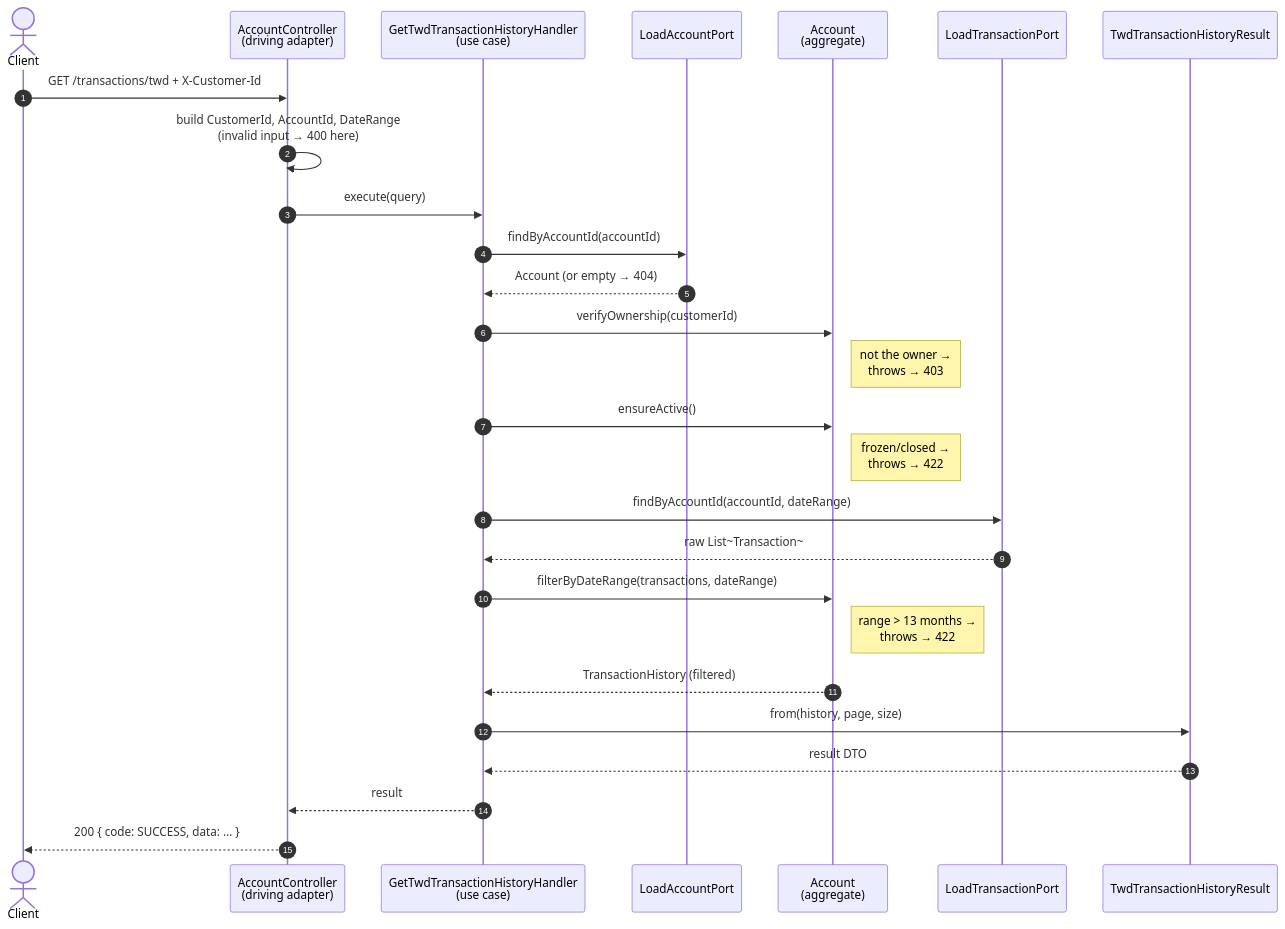
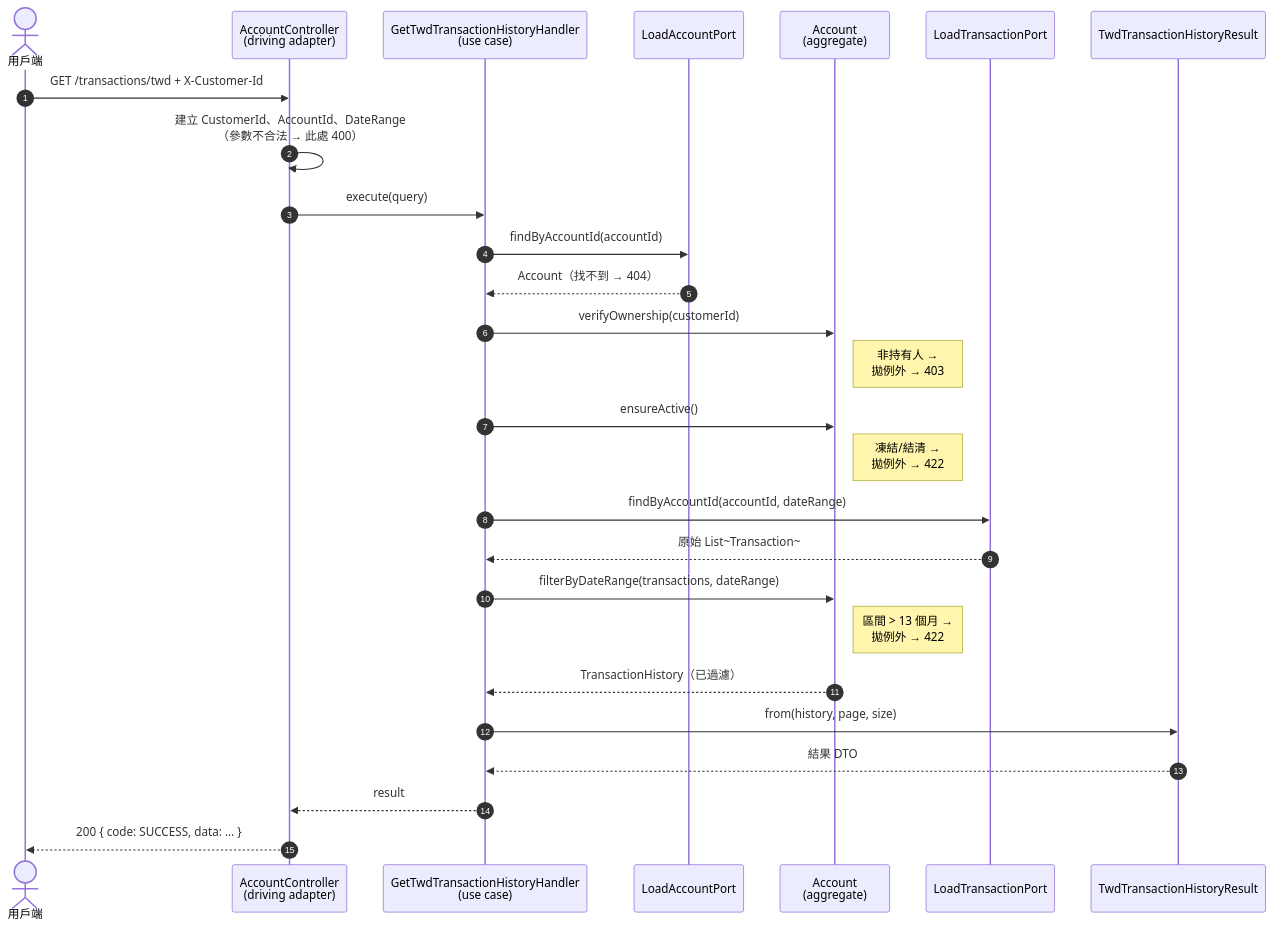
One commit to ChunPingWang/spring-boot-ddd-hexagonal-cqrs-tutorial changed the fourth of 6 diagrams in README.md. Above: the diagram before and after it, drawn with Mermaid. The commit also changed other lines of this file, not shown here.

````diff
--- a/README.md
+++ b/README.md
@@ -287,35 +281,35 @@
 ```mermaid
 sequenceDiagram
     autonumber
-    actor Client
+    actor Client as 用戶端
     participant C as AccountController<br/>(driving adapter)
     participant UC as GetTwdTransactionHistoryHandler<br/>(use case)
     participant AP as LoadAccountPort
     participant A as Account<br/>(aggregate)
     participant TP as LoadTransactionPort
     participant R as TwdTransactionHistoryResult
 
     Client->>C: GET /transactions/twd + X-Customer-Id
-    C->>C: build CustomerId, AccountId, DateRange<br/>(invalid input → 400 here)
+    C->>C: 建立 CustomerId、AccountId、DateRange<br/>（參數不合法 → 此處 400）
     C->>UC: execute(query)
 
     UC->>AP: findByAccountId(accountId)
-    AP-->>UC: Account (or empty → 404)
+    AP-->>UC: Account（找不到 → 404）
 
     UC->>A: verifyOwnership(customerId)
-    Note right of A: not the owner →<br/>throws → 403
+    Note right of A: 非持有人 →<br/>拋例外 → 403
     UC->>A: ensureActive()
-    Note right of A: frozen/closed →<br/>throws → 422
+    Note right of A: 凍結/結清 →<br/>拋例外 → 422
 
     UC->>TP: findByAccountId(accountId, dateRange)
-    TP-->>UC: raw List~Transaction~
+    TP-->>UC: 原始 List~Transaction~
 
     UC->>A: filterByDateRange(transactions, dateRange)
-    Note right of A: range > 13 months →<br/>throws → 422
-    A-->>UC: TransactionHistory (filtered)
+    Note right of A: 區間 > 13 個月 →<br/>拋例外 → 422
+    A-->>UC: TransactionHistory（已過濾）
 
     UC->>R: from(history, page, size)
-    R-->>UC: result DTO
+    R-->>UC: 結果 DTO
     UC-->>C: result
     C-->>Client: 200 { code: SUCCESS, data: … }
 ```
````
